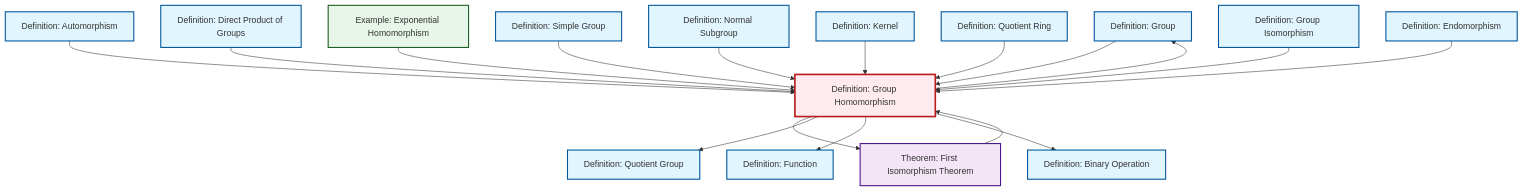
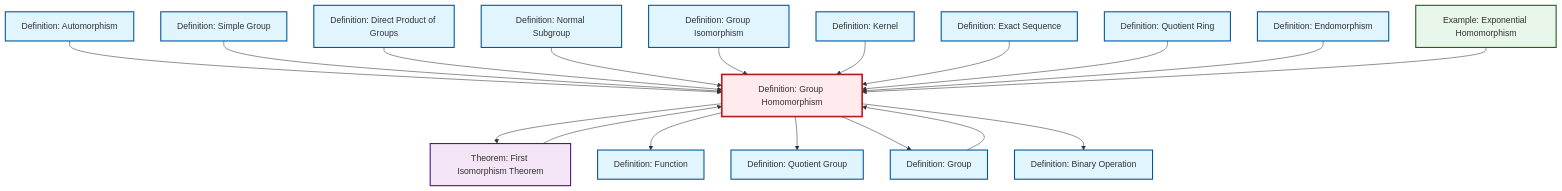
Before and after one commit to RK0429/ModernMath: the diagram in content/ja/algebra/def-homomorphism.qmd, drawn with Mermaid. The commit also changed 654 other files, not shown here.

First line of the commit message:
fix: Update cross-references to equivalence relation in quotient ring definitions

````diff
--- a/content/ja/algebra/def-homomorphism.qmd
+++ b/content/ja/algebra/def-homomorphism.qmd
@@ -66,55 +66,58 @@
 ```{mermaid}
 %%| fig-cap: "Local dependency graph"
 graph TD
     classDef definition fill:#e1f5fe,stroke:#01579b,stroke-width:2px
     classDef theorem fill:#f3e5f5,stroke:#4a148c,stroke-width:2px
     classDef axiom fill:#fff3e0,stroke:#e65100,stroke-width:2px
     classDef example fill:#e8f5e9,stroke:#1b5e20,stroke-width:2px
     classDef current fill:#ffebee,stroke:#b71c1c,stroke-width:3px
+    def-simple-group["Definition: Simple Group"]:::definition
+    def-quotient-ring["Definition: Quotient Ring"]:::definition
+    def-isomorphism["Definition: Group Isomorphism"]:::definition
+    def-exact-sequence["Definition: Exact Sequence"]:::definition
     def-group["Definition: Group"]:::definition
-    def-quotient-ring["Definition: Quotient Ring"]:::definition
+    thm-first-isomorphism["Theorem: First Isomorphism Theorem"]:::theorem
+    def-quotient-group["Definition: Quotient Group"]:::definition
+    ex-exponential-homomorphism["Example: Exponential Homomorphism"]:::example
+    def-kernel["Definition: Kernel"]:::definition
     def-binary-operation["Definition: Binary Operation"]:::definition
-    def-simple-group["Definition: Simple Group"]:::definition
-    def-quotient-group["Definition: Quotient Group"]:::definition
+    def-function["Definition: Function"]:::definition
+    def-direct-product["Definition: Direct Product of Groups"]:::definition
+    def-homomorphism["Definition: Group Homomorphism"]:::definition
+    def-normal-subgroup["Definition: Normal Subgroup"]:::definition
     def-endomorphism["Definition: Endomorphism"]:::definition
-    def-normal-subgroup["Definition: Normal Subgroup"]:::definition
-    def-isomorphism["Definition: Group Isomorphism"]:::definition
-    def-direct-product["Definition: Direct Product of Groups"]:::definition
-    def-function["Definition: Function"]:::definition
-    ex-exponential-homomorphism["Example: Exponential Homomorphism"]:::example
     def-automorphism["Definition: Automorphism"]:::definition
-    def-homomorphism["Definition: Group Homomorphism"]:::definition
-    def-kernel["Definition: Kernel"]:::definition
-    thm-first-isomorphism["Theorem: First Isomorphism Theorem"]:::theorem
+    def-group --> def-homomorphism
+    def-automorphism --> def-homomorphism
+    def-simple-group --> def-homomorphism
+    def-direct-product --> def-homomorphism
+    def-normal-subgroup --> def-homomorphism
+    def-homomorphism --> thm-first-isomorphism
+    def-isomorphism --> def-homomorphism
+    def-kernel --> def-homomorphism
+    def-homomorphism --> def-function
+    def-homomorphism --> def-quotient-group
+    thm-first-isomorphism --> def-homomorphism
     def-homomorphism --> def-group
-    def-homomorphism --> thm-first-isomorphism
-    def-automorphism --> def-homomorphism
-    def-direct-product --> def-homomorphism
-    def-homomorphism --> def-quotient-group
-    def-homomorphism --> def-function
+    def-exact-sequence --> def-homomorphism
+    def-homomorphism --> def-binary-operation
+    def-quotient-ring --> def-homomorphism
+    def-endomorphism --> def-homomorphism
     ex-exponential-homomorphism --> def-homomorphism
-    def-simple-group --> def-homomorphism
-    def-normal-subgroup --> def-homomorphism
-    def-group --> def-homomorphism
-    def-kernel --> def-homomorphism
-    def-quotient-ring --> def-homomorphism
-    def-isomorphism --> def-homomorphism
-    def-homomorphism --> def-binary-operation
-    def-endomorphism --> def-homomorphism
-    thm-first-isomorphism --> def-homomorphism
     class def-homomorphism current
+    click def-simple-group "def-simple-group.html" "Definition: Simple Groupへ"
+    click def-quotient-ring "def-quotient-ring.html" "Definition: Quotient Ringへ"
+    click def-isomorphism "def-isomorphism.html" "Definition: Group Isomorphismへ"
+    click def-exact-sequence "def-exact-sequence.html" "Definition: Exact Sequenceへ"
     click def-group "def-group.html" "Definition: Groupへ"
-    click def-quotient-ring "def-quotient-ring.html" "Definition: Quotient Ringへ"
+    click thm-first-isomorphism "thm-first-isomorphism.html" "Theorem: First Isomorphism Theoremへ"
+    click def-quotient-group "def-quotient-group.html" "Definition: Quotient Groupへ"
+    click ex-exponential-homomorphism "ex-exponential-homomorphism.html" "Example: Exponential Homomorphismへ"
+    click def-kernel "def-kernel.html" "Definition: Kernelへ"
     click def-binary-operation "def-binary-operation.html" "Definition: Binary Operationへ"
-    click def-simple-group "def-simple-group.html" "Definition: Simple Groupへ"
-    click def-quotient-group "def-quotient-group.html" "Definition: Quotient Groupへ"
+    click def-function "def-function.html" "Definition: Functionへ"
+    click def-direct-product "def-direct-product.html" "Definition: Direct Product of Groupsへ"
+    click def-normal-subgroup "def-normal-subgroup.html" "Definition: Normal Subgroupへ"
     click def-endomorphism "def-endomorphism.html" "Definition: Endomorphismへ"
-    click def-normal-subgroup "def-normal-subgroup.html" "Definition: Normal Subgroupへ"
-    click def-isomorphism "def-isomorphism.html" "Definition: Group Isomorphismへ"
-    click def-direct-product "def-direct-product.html" "Definition: Direct Product of Groupsへ"
-    click def-function "def-function.html" "Definition: Functionへ"
-    click ex-exponential-homomorphism "ex-exponential-homomorphism.html" "Example: Exponential Homomorphismへ"
     click def-automorphism "def-automorphism.html" "Definition: Automorphismへ"
-    click def-kernel "def-kernel.html" "Definition: Kernelへ"
-    click thm-first-isomorphism "thm-first-isomorphism.html" "Theorem: First Isomorphism Theoremへ"
 ```
````
